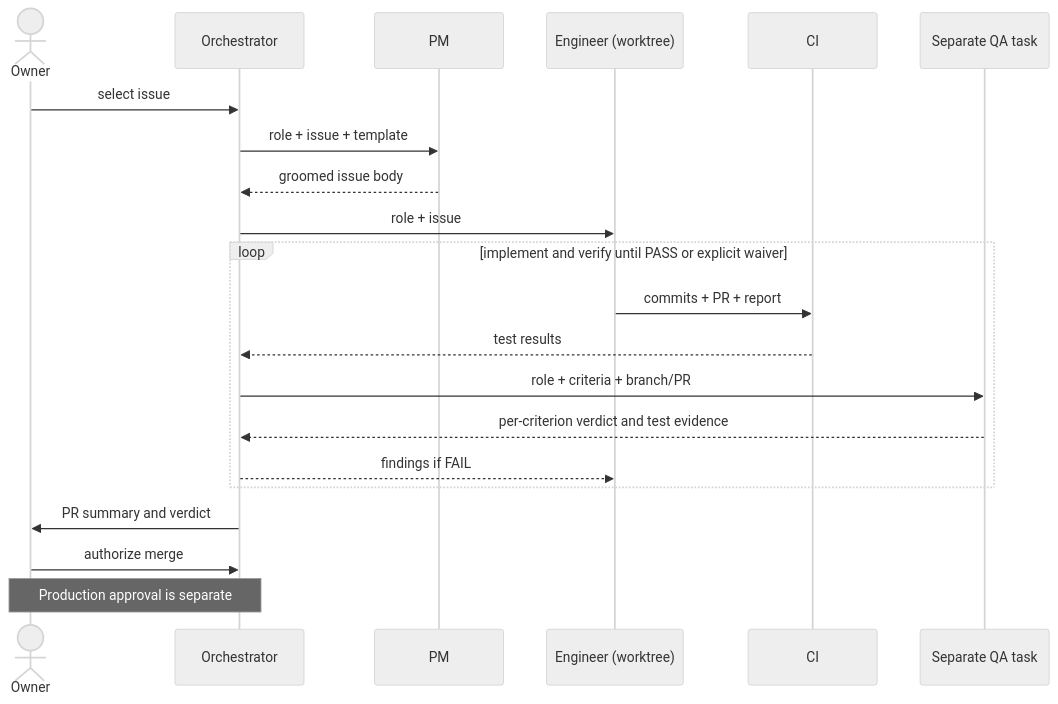
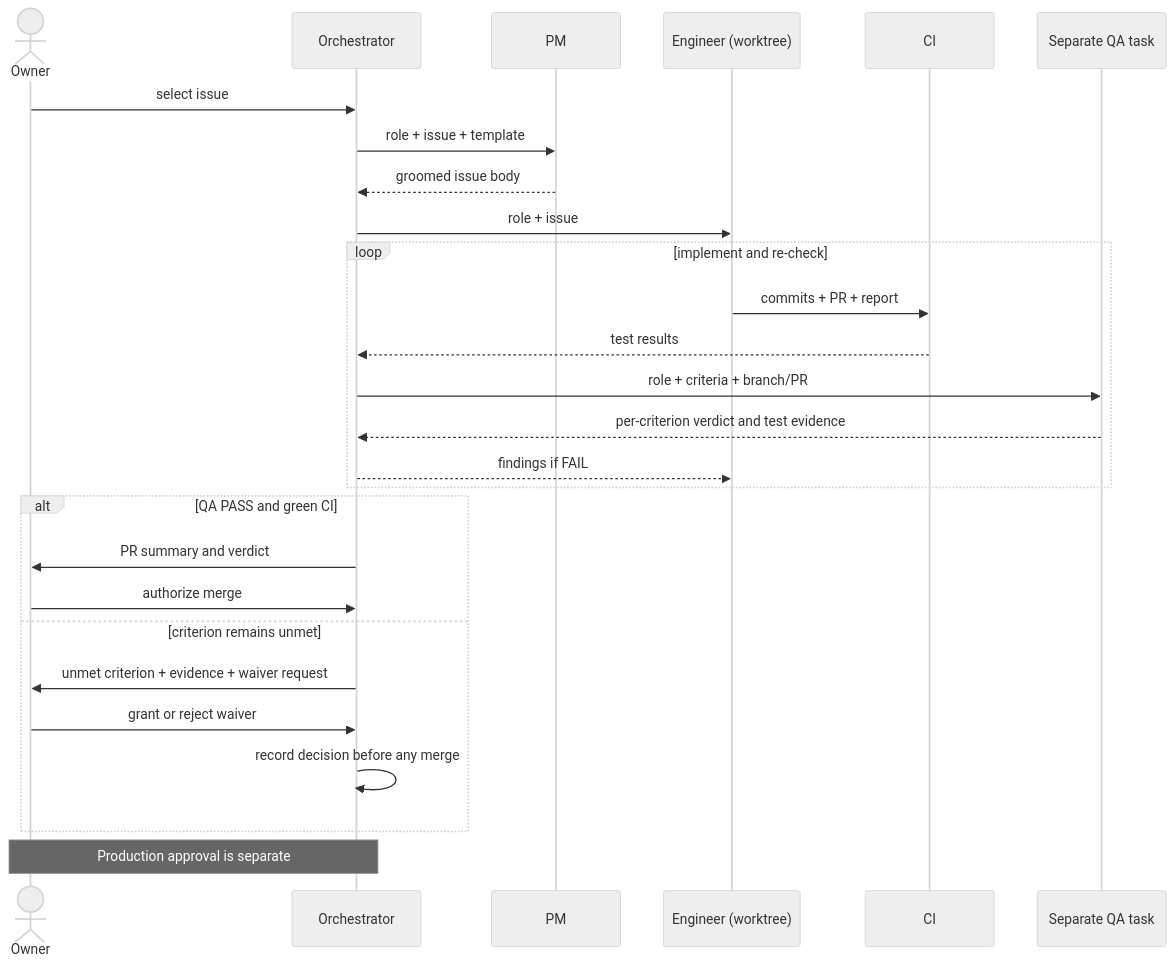
The first of 6 diagrams in docs/reviewer-guide.md (alexisdacquay/sail-event), drawn with Mermaid (neutral theme) before and after one commit. The commit also changed other lines of this file and 26 other files, not shown here.

Commit message:
docs: fix blind-check findings across reviewer-facing docs (docs pass step 4)

````diff
--- a/docs/reviewer-guide.md
+++ b/docs/reviewer-guide.md
@@ -168,23 +167,29 @@
 ```mermaid
 sequenceDiagram
   actor Owner
   participant O as Orchestrator
   participant PM
   participant E as Engineer (worktree)
   participant CI
   participant QA as Separate QA task
   Owner->>O: select issue
   O->>PM: role + issue + template
   PM-->>O: groomed issue body
   O->>E: role + issue
-  loop implement and verify until PASS or explicit waiver
+  loop implement and re-check
     E->>CI: commits + PR + report
     CI-->>O: test results
     O->>QA: role + criteria + branch/PR
     QA-->>O: per-criterion verdict and test evidence
     O-->>E: findings if FAIL
   end
-  O->>Owner: PR summary and verdict
-  Owner->>O: authorize merge
+  alt QA PASS and green CI
+    O->>Owner: PR summary and verdict
+    Owner->>O: authorize merge
+  else criterion remains unmet
+    O->>Owner: unmet criterion + evidence + waiver request
+    Owner->>O: grant or reject waiver
+    O->>O: record decision before any merge
+  end
   Note over Owner,O: Production approval is separate
 ```
````
